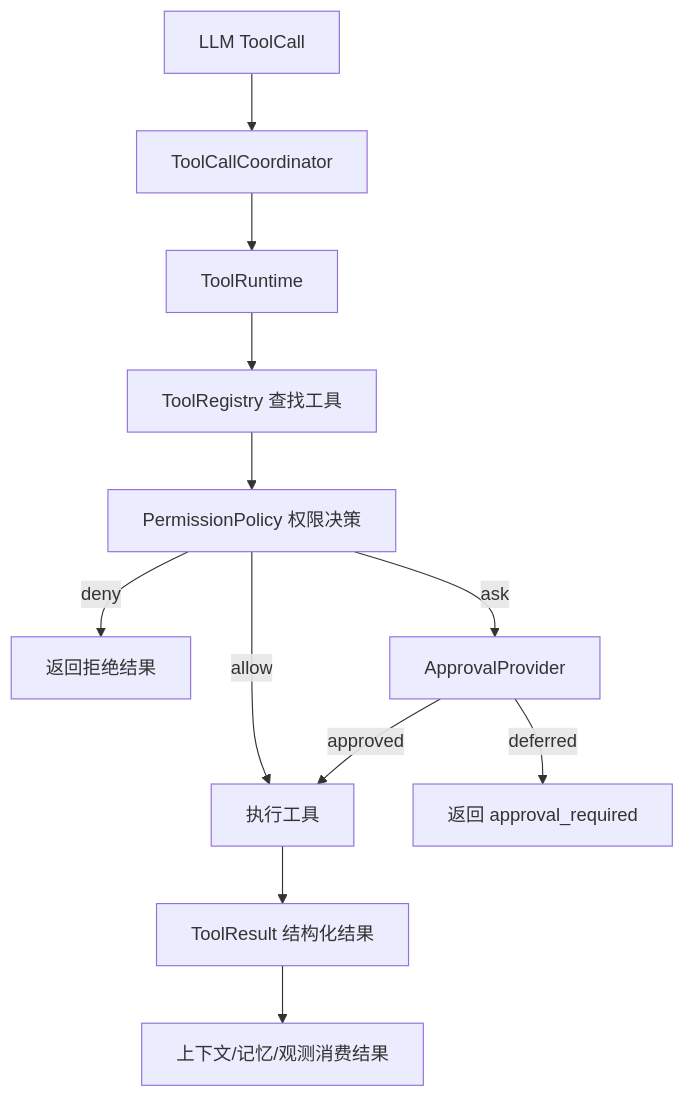
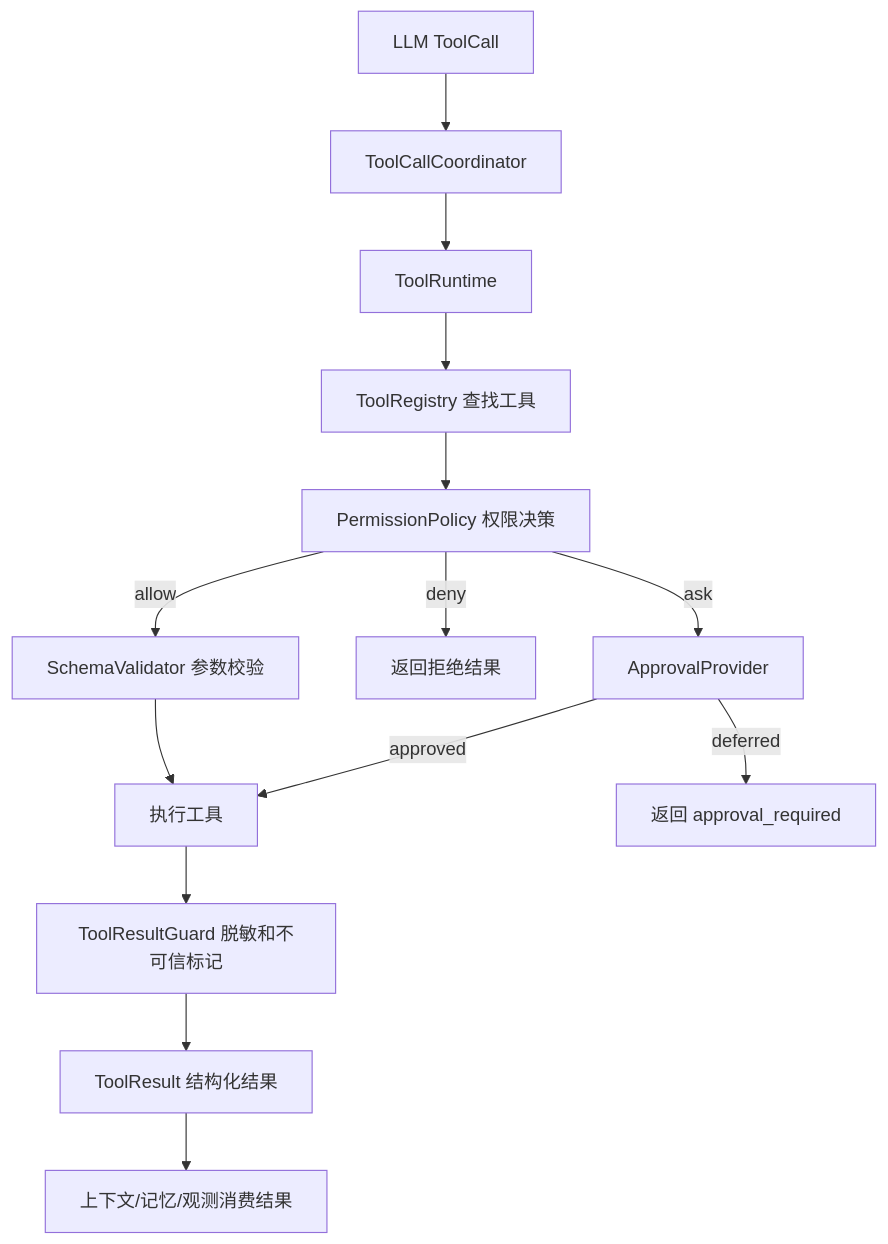
Before and after one commit to gyHMR/Codepilot_stable: the diagram in docs/design/4tool-design.md, drawn with Mermaid. The commit also changed other lines of this file and 163 other files, not shown here.

````diff
--- a/docs/design/4tool-design.md
+++ b/docs/design/4tool-design.md
@@ -140,14 +144,16 @@
 ```mermaid
 flowchart TD
     LLM["LLM ToolCall"] --> Coordinator["ToolCallCoordinator"]
     Coordinator --> Runtime["ToolRuntime"]
     Runtime --> Registry["ToolRegistry 查找工具"]
     Registry --> Policy["PermissionPolicy 权限决策"]
-    Policy -->|allow| Execute["执行工具"]
+    Policy -->|allow| Schema["SchemaValidator 参数校验"]
     Policy -->|deny| Denied["返回拒绝结果"]
     Policy -->|ask| Approval["ApprovalProvider"]
-    Approval -->|approved| Execute
+    Approval -->|approved| Execute["执行工具"]
     Approval -->|deferred| Deferred["返回 approval_required"]
-    Execute --> Result["ToolResult 结构化结果"]
+    Schema --> Execute
+    Execute --> Guard["ToolResultGuard 脱敏和不可信标记"]
+    Guard --> Result["ToolResult 结构化结果"]
     Result --> Context["上下文/记忆/观测消费结果"]
 ```
````
